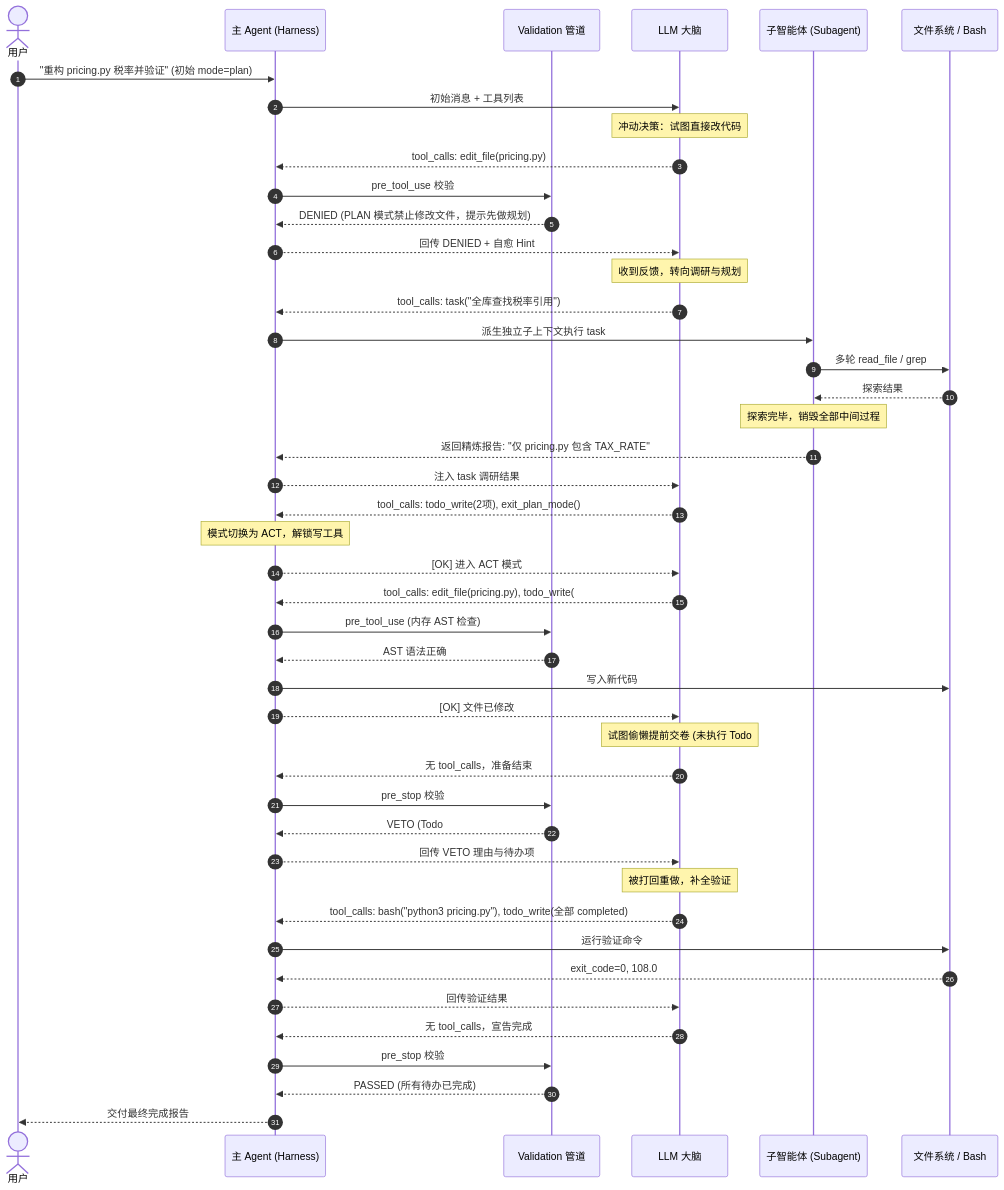
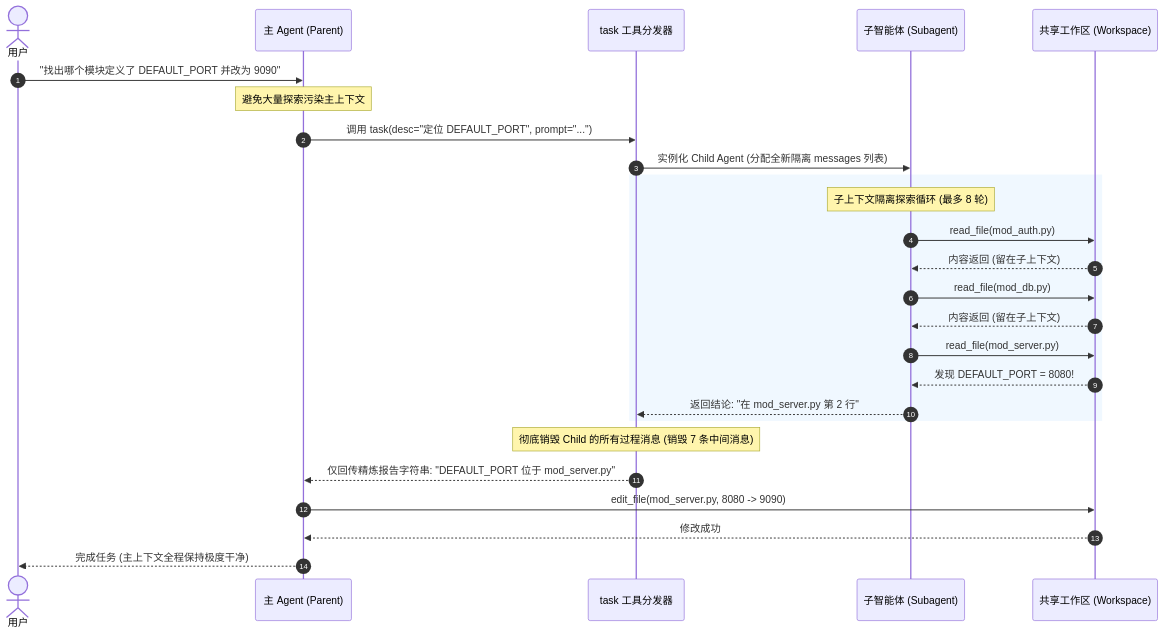
Before and after one commit to Sutonline/Agent-Impl-Study: the ninth of 10 diagrams in docs/first-principles-agent-journey.md, drawn with Mermaid. The commit also changed other lines of this file, not shown here.

Commit message:
docs: enhance step-by-step architecture diagrams and in-depth Claude Code comparative analysis

````diff
--- a/docs/first-principles-agent-journey.md
+++ b/docs/first-principles-agent-journey.md
@@ -81,54 +418,31 @@
 ```mermaid
 sequenceDiagram
     autonumber
     actor User as 用户
-    participant Agent as 主 Agent (Harness)
-    participant Pipe as Validation 管道
-    participant LLM as LLM 大脑
-    participant Sub as 子智能体 (Subagent)
-    participant FS as 文件系统 / Bash
+    participant Parent as 主 Agent (Parent)
+    participant SubTool as task 工具分发器
+    participant Child as 子智能体 (Subagent)
+    participant FS as 共享工作区 (Workspace)
 
-    User->>Agent: "重构 pricing.py 税率并验证" (初始 mode=plan)
-    Agent->>LLM: 初始消息 + 工具列表
-    Note over LLM: 冲动决策：试图直接改代码
-    LLM-->>Agent: tool_calls: edit_file(pricing.py)
-    Agent->>Pipe: pre_tool_use 校验
-    Pipe-->>Agent: DENIED (PLAN 模式禁止修改文件，提示先做规划)
-    Agent-->>LLM: 回传 DENIED + 自愈 Hint
-
-    Note over LLM: 收到反馈，转向调研与规划
-    LLM-->>Agent: tool_calls: task("全库查找税率引用")
-    Agent->>Sub: 派生独立子上下文执行 task
-    Sub->>FS: 多轮 read_file / grep
-    FS-->>Sub: 探索结果
-    Note over Sub: 探索完毕，销毁全部中间过程
-    Sub-->>Agent: 返回精炼报告: "仅 pricing.py 包含 TAX_RATE"
-    Agent-->>LLM: 注入 task 调研结果
-
-    LLM-->>Agent: tool_calls: todo_write(2项), exit_plan_mode()
-    Note over Agent: 模式切换为 ACT，解锁写工具
-    Agent-->>LLM: [OK] 进入 ACT 模式
-
-    LLM-->>Agent: tool_calls: edit_file(pricing.py), todo_write(#1 completed)
-    Agent->>Pipe: pre_tool_use (内存 AST 检查)
-    Pipe-->>Agent: AST 语法正确
-    Agent->>FS: 写入新代码
-    Agent-->>LLM: [OK] 文件已修改
-
-    Note over LLM: 试图偷懒提前交卷 (未执行 Todo #2)
-    LLM-->>Agent: 无 tool_calls，准备结束
-    Agent->>Pipe: pre_stop 校验
-    Pipe-->>Agent: VETO (Todo #2 尚未完成，禁止交卷!)
-    Agent-->>LLM: 回传 VETO 理由与待办项
-
-    Note over LLM: 被打回重做，补全验证
-    LLM-->>Agent: tool_calls: bash("python3 pricing.py"), todo_write(全部 completed)
-    Agent->>FS: 运行验证命令
-    FS-->>Agent: exit_code=0, 108.0
-    Agent-->>LLM: 回传验证结果
-
-    LLM-->>Agent: 无 tool_calls，宣告完成
-    Agent->>Pipe: pre_stop 校验
-    Pipe-->>Agent: PASSED (所有待办已完成)
-    Agent-->>User: 交付最终完成报告
+    User->>Parent: "找出哪个模块定义了 DEFAULT_PORT 并改为 9090"
+    Note over Parent: 避免大量探索污染主上下文
+    Parent->>SubTool: 调用 task(desc="定位 DEFAULT_PORT", prompt="...")
+    SubTool->>Child: 实例化 Child Agent (分配全新隔离 messages 列表)
+    
+    rect rgb(240, 248, 255)
+    Note over Child: 子上下文隔离探索循环 (最多 8 轮)
+    Child->>FS: read_file(mod_auth.py)
+    FS-->>Child: 内容返回 (留在子上下文)
+    Child->>FS: read_file(mod_db.py)
+    FS-->>Child: 内容返回 (留在子上下文)
+    Child->>FS: read_file(mod_server.py)
+    FS-->>Child: 发现 DEFAULT_PORT = 8080!
+    Child-->>SubTool: 返回结论: "在 mod_server.py 第 2 行"
+    end
+    
+    Note over SubTool: 彻底销毁 Child 的所有过程消息 (销毁 7 条中间消息)
+    SubTool-->>Parent: 仅回传精炼报告字符串: "DEFAULT_PORT 位于 mod_server.py"
+    Parent->>FS: edit_file(mod_server.py, 8080 -> 9090)
+    FS-->>Parent: 修改成功
+    Parent-->>User: 完成任务 (主上下文全程保持极度干净)
 ```
````
